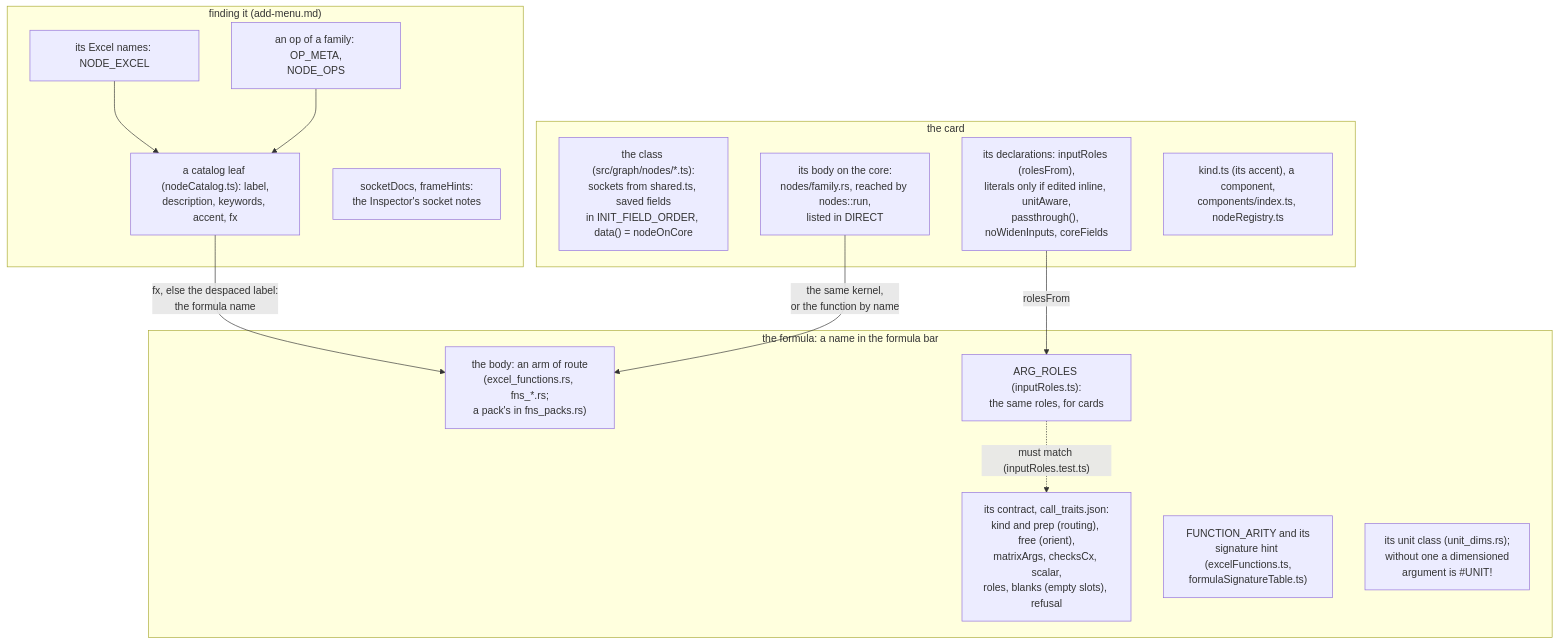
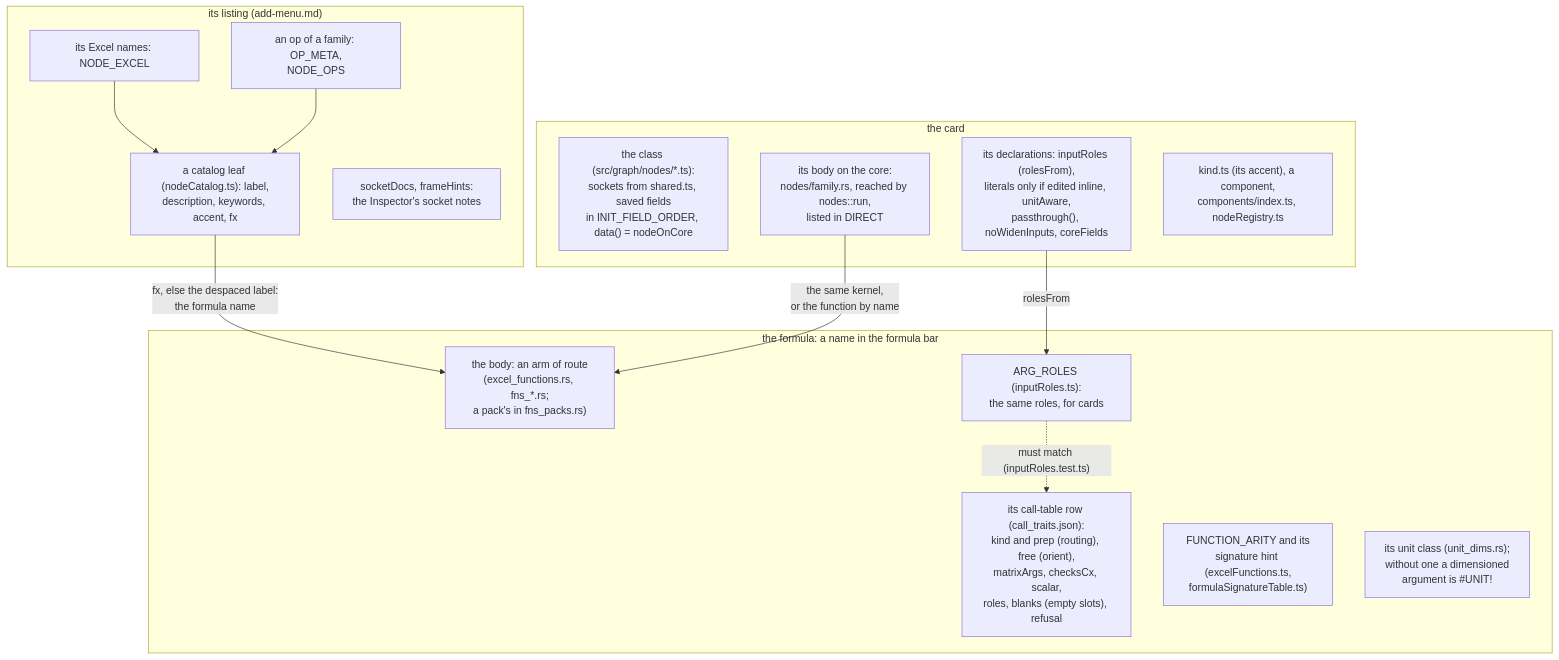
The second of 5 diagrams in tree/specs/floors/node-classes.md (bubba8587/solenoid), drawn with Mermaid before and after one commit. The commit also changed other lines of this file and 33 other files, not shown here.

````diff
--- a/tree/specs/floors/node-classes.md
+++ b/tree/specs/floors/node-classes.md
@@ -45,28 +46,28 @@
 ```mermaid
 flowchart TB
     subgraph formula["the formula: a name in the formula bar"]
         fbody["the body: an arm of route<br>(excel_functions.rs, fns_*.rs;<br>a pack's in fns_packs.rs)"]
-        traits["its contract, call_traits.json:<br>kind and prep (routing), free (orient),<br>matrixArgs, checksCx, scalar,<br>roles, blanks (empty slots), refusal"]
+        traits["its call-table row (call_traits.json):<br>kind and prep (routing), free (orient),<br>matrixArgs, checksCx, scalar,<br>roles, blanks (empty slots), refusal"]
         arity["FUNCTION_ARITY and its<br>signature hint (excelFunctions.ts,<br>formulaSignatureTable.ts)"]
         roles["ARG_ROLES (inputRoles.ts):<br>the same roles, for cards"]
         units["its unit class (unit_dims.rs);<br>without one a dimensioned<br>argument is #UNIT!"]
     end
     subgraph card["the card"]
         cls["the class (src/graph/nodes/*.ts):<br>sockets from shared.ts, saved fields<br>in INIT_FIELD_ORDER, data() = nodeOnCore"]
         decl["its declarations: inputRoles (rolesFrom),<br>literals only if edited inline, unitAware,<br>passthrough(), noWidenInputs, coreFields"]
         cbody["its body on the core:<br>nodes/family.rs, reached by nodes::run,<br>listed in DIRECT"]
         ui["kind.ts (its accent), a component,<br>components/index.ts, nodeRegistry.ts"]
     end
-    subgraph find["finding it (add-menu.md)"]
+    subgraph find["its listing (add-menu.md)"]
         leaf["a catalog leaf (nodeCatalog.ts): label,<br>description, keywords, accent, fx"]
         ops["an op of a family: OP_META,<br>NODE_OPS"]
         excel["its Excel names: NODE_EXCEL"]
         insp["socketDocs, frameHints:<br>the Inspector's socket notes"]
     end
     cbody -->|"the same kernel,<br>or the function by name"| fbody
     decl -->|"rolesFrom"| roles
     roles -.->|"must match (inputRoles.test.ts)"| traits
     leaf -->|"fx, else the despaced label:<br>the formula name"| fbody
     ops --> leaf
     excel --> leaf
 ```
````
